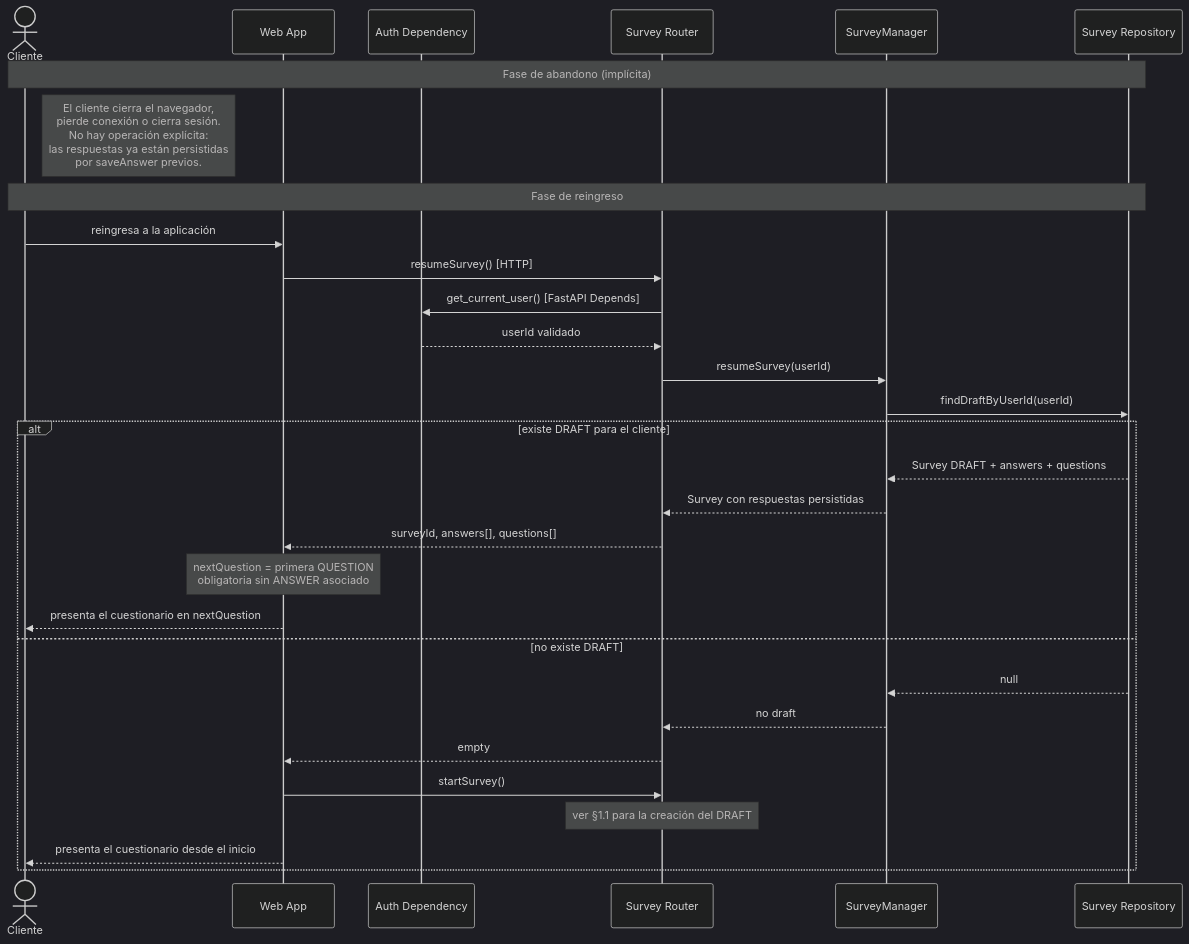
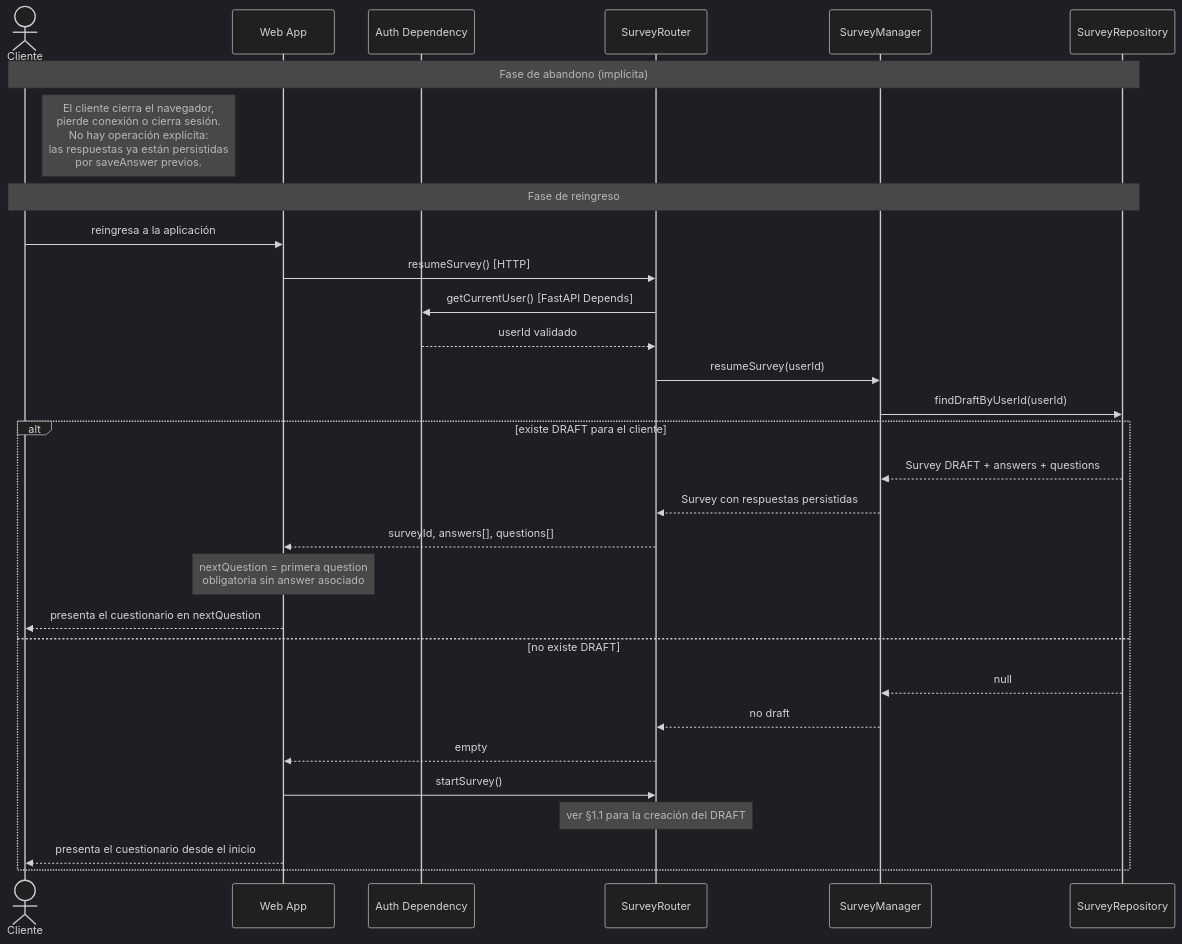
The second of 4 diagrams in docs/design/02_Interaction_and_Data_Design.md (juacortesva/Grupo-5-Finanzas-Ingesoft_I_UN_2026-II), drawn with Mermaid (dark theme) before and after one commit. The commit also changed other lines of this file and 5 other files, not shown here.

````diff
--- a/docs/design/02_Interaction_and_Data_Design.md
+++ b/docs/design/02_Interaction_and_Data_Design.md
@@ -144,34 +144,34 @@
 ```mermaid
 sequenceDiagram
     actor Cliente
     participant WebApp as Web App
     participant Auth as Auth Dependency
-    participant SRouter as Survey Router
+    participant SRouter as SurveyRouter
     participant SMgr as SurveyManager
-    participant SRepo as Survey Repository
+    participant SRepo as SurveyRepository
 
     Note over Cliente,SRepo: Fase de abandono (implícita)
     Note right of Cliente: El cliente cierra el navegador,<br/>pierde conexión o cierra sesión.<br/>No hay operación explícita:<br/>las respuestas ya están persistidas<br/>por saveAnswer previos.
 
     Note over Cliente,SRepo: Fase de reingreso
     Cliente->>WebApp: reingresa a la aplicación
     WebApp->>SRouter: resumeSurvey() [HTTP]
-    SRouter->>Auth: get_current_user() [FastAPI Depends]
+    SRouter->>Auth: getCurrentUser() [FastAPI Depends]
     Auth-->>SRouter: userId validado
     SRouter->>SMgr: resumeSurvey(userId)
     SMgr->>SRepo: findDraftByUserId(userId)
     alt existe DRAFT para el cliente
         SRepo-->>SMgr: Survey DRAFT + answers + questions
         SMgr-->>SRouter: Survey con respuestas persistidas
         SRouter-->>WebApp: surveyId, answers[], questions[]
-        Note over WebApp: nextQuestion = primera QUESTION<br/>obligatoria sin ANSWER asociado
+        Note over WebApp: nextQuestion = primera question<br/>obligatoria sin answer asociado
         WebApp-->>Cliente: presenta el cuestionario en nextQuestion
     else no existe DRAFT
         SRepo-->>SMgr: null
         SMgr-->>SRouter: no draft
         SRouter-->>WebApp: empty
         WebApp->>SRouter: startSurvey()
         Note over SRouter: ver §1.1 para la creación del DRAFT
         WebApp-->>Cliente: presenta el cuestionario desde el inicio
     end
 ```
````
